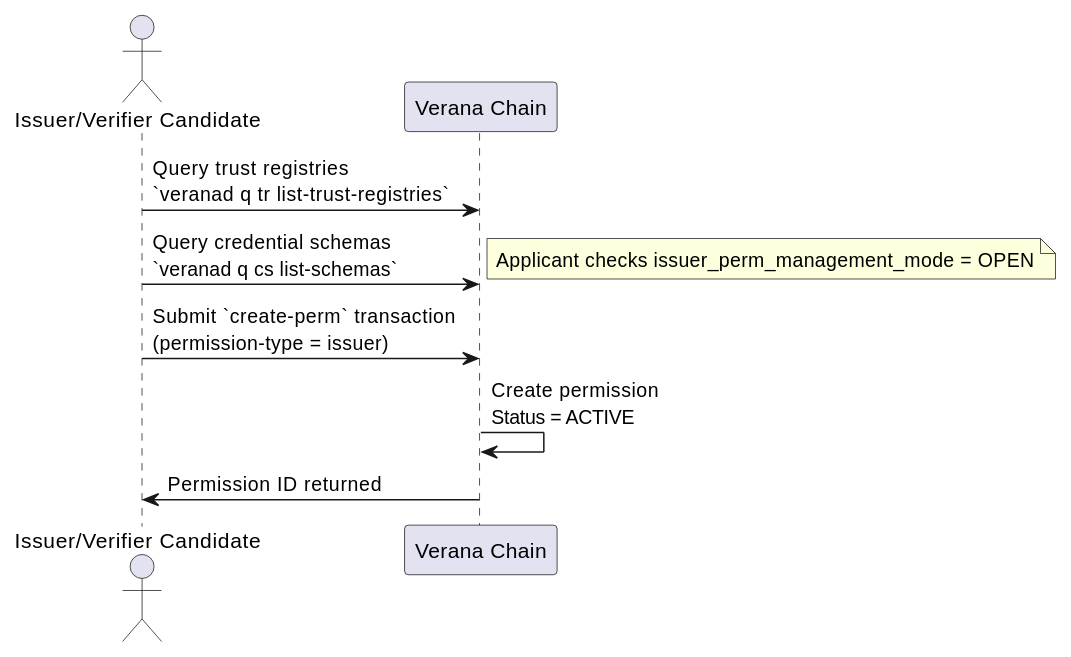
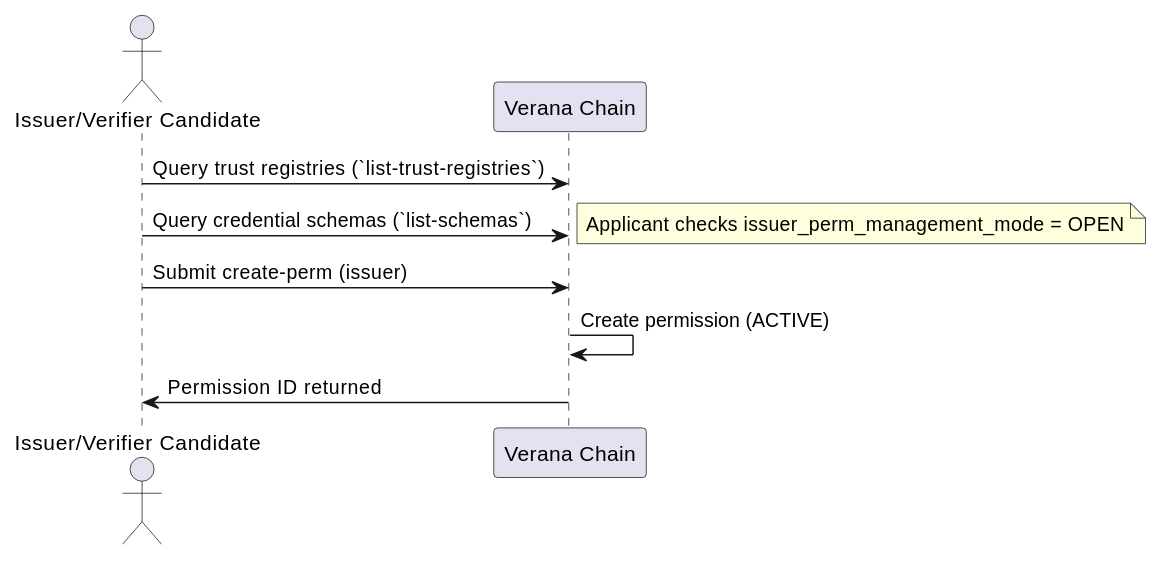
Before and after one commit to verana-labs/verana-docs: the second of 5 diagrams in docs/use/ecosystems/20-onboarding.md, drawn with PlantUML. The commit also changed other lines of this file, not shown here.

````diff
--- a/docs/use/ecosystems/20-onboarding.md
+++ b/docs/use/ecosystems/20-onboarding.md
@@ -185,16 +183,16 @@
 ```plantuml
 @startuml
 actor "Issuer/Verifier Candidate" as Applicant
 participant "Verana Chain" as Chain
 
-Applicant -> Chain: Query trust registries\n`veranad q tr list-trust-registries`
-Applicant -> Chain: Query credential schemas\n`veranad q cs list-schemas`
+Applicant -> Chain: Query trust registries (`list-trust-registries`)
+Applicant -> Chain: Query credential schemas (`list-schemas`)
 note right
 Applicant checks issuer_perm_management_mode = OPEN
 end note
 
-Applicant -> Chain: Submit `create-perm` transaction\n(permission-type = issuer)
-Chain -> Chain: Create permission\nStatus = ACTIVE
+Applicant -> Chain: Submit create-perm (issuer)
+Chain -> Chain: Create permission (ACTIVE)
 Applicant <- Chain: Permission ID returned
 @enduml
 ```
````
